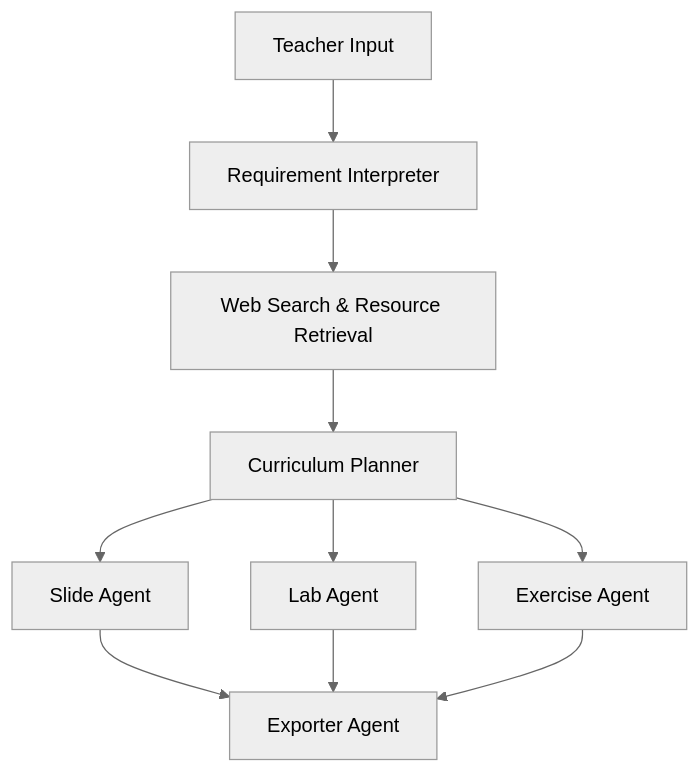
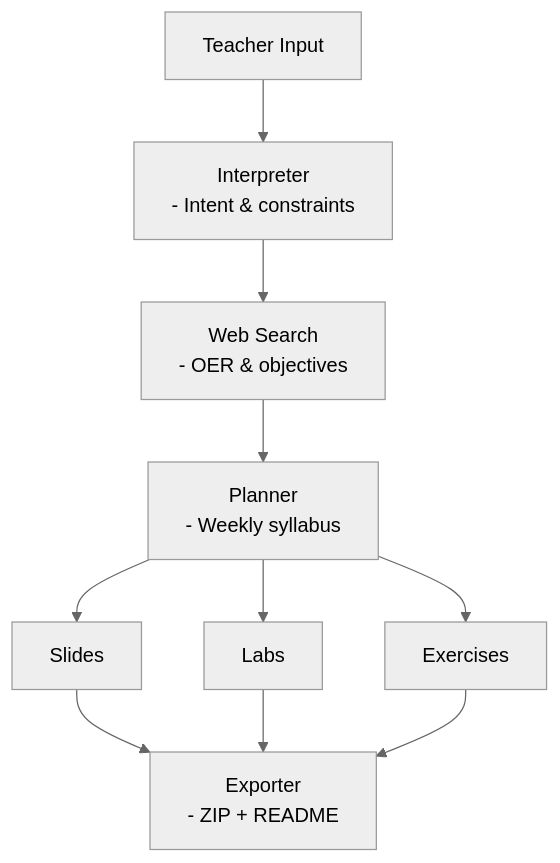
One commit to FaiOnayq/minhaj changed the diagram in README.md. Above: the diagram before and after it, drawn with Mermaid (neutral theme).

````diff
--- a/README.md
+++ b/README.md
@@ -2,12 +2,12 @@
 ```mermaid
 graph TD;
-    A[Teacher Input] --> B[Requirement Interpreter];
-    B --> C[Web Search & Resource Retrieval];
-    C --> D[Curriculum Planner];
-    D --> E[Slide Agent];
-    D --> F[Lab Agent];
-    D --> G[Exercise Agent];
-    E --> H[Exporter Agent];
+    A[Teacher Input] --> B[Interpreter<br/>- Intent & constraints];
+    B --> C[Web Search<br/>- OER & objectives];
+    C --> D[Planner<br/>- Weekly syllabus];
+    D --> E[Slides];
+    D --> F[Labs];
+    D --> G[Exercises];
+    E --> H[Exporter<br/>- ZIP + README];
     F --> H;
     G --> H;
 ```
````
